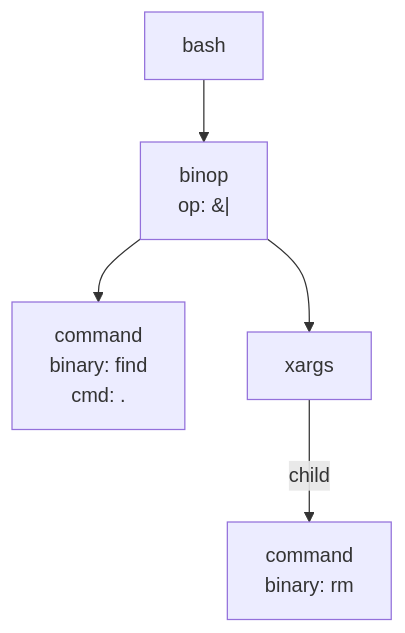
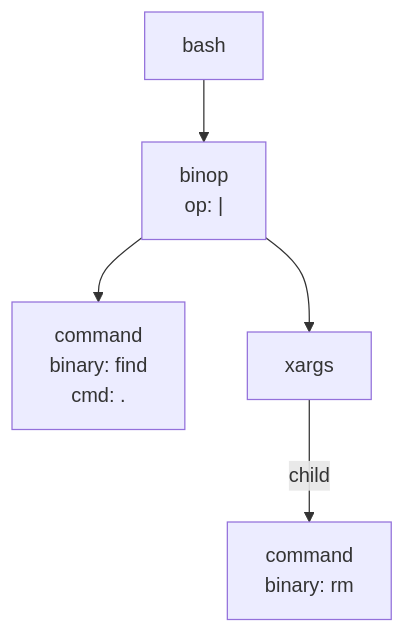
Before and after one commit to ashleydavis/expressive-permissions: the diagram in examples/ast/xargs/index.md, drawn with Mermaid. The commit also changed 27 other files, not shown here.

````diff
--- a/examples/ast/xargs/index.md
+++ b/examples/ast/xargs/index.md
@@ -11,12 +11,12 @@
 ```mermaid
 graph TD
   n0["bash"]
-  n1["binop<br/>op: &#124;"]
+  n1["binop<br/>op: |"]
   n2["command<br/>binary: find<br/>cmd: ."]
   n1 --> n2
   n3["xargs"]
   n4["command<br/>binary: rm"]
   n3 -->|child| n4
   n1 --> n3
   n0 --> n1
 ```
````
